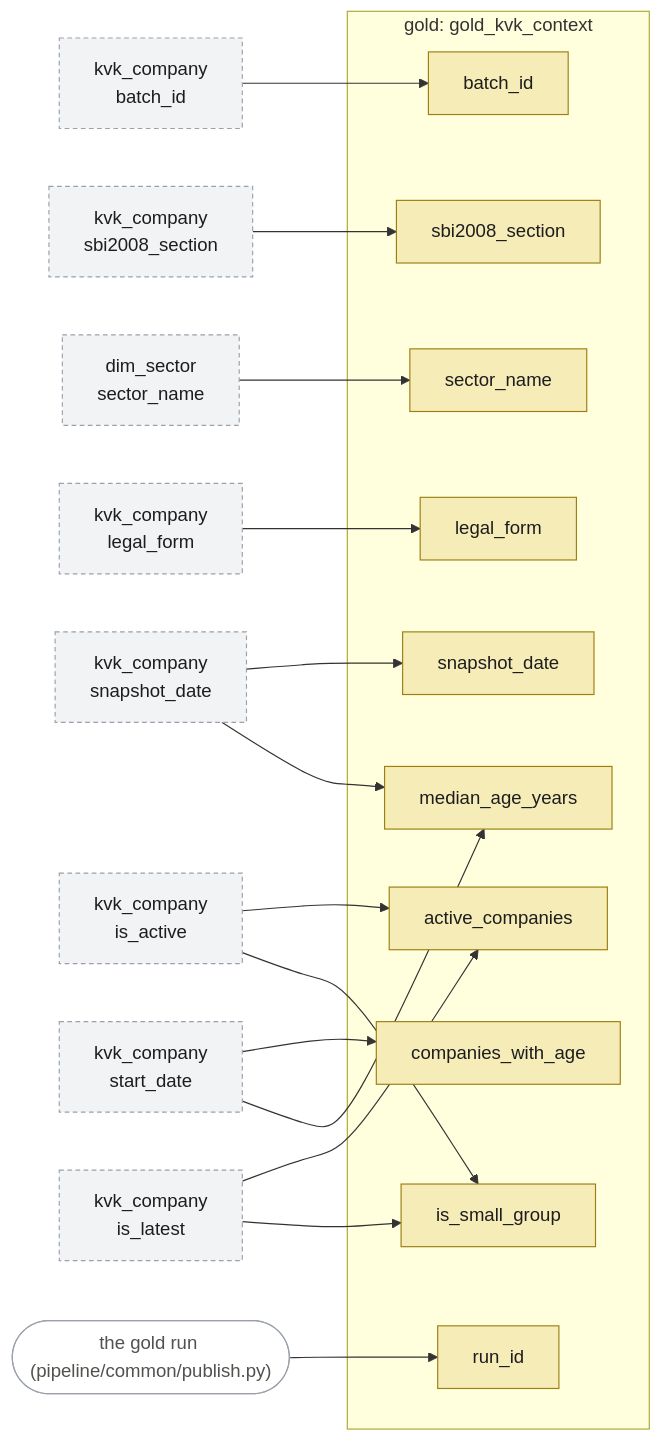
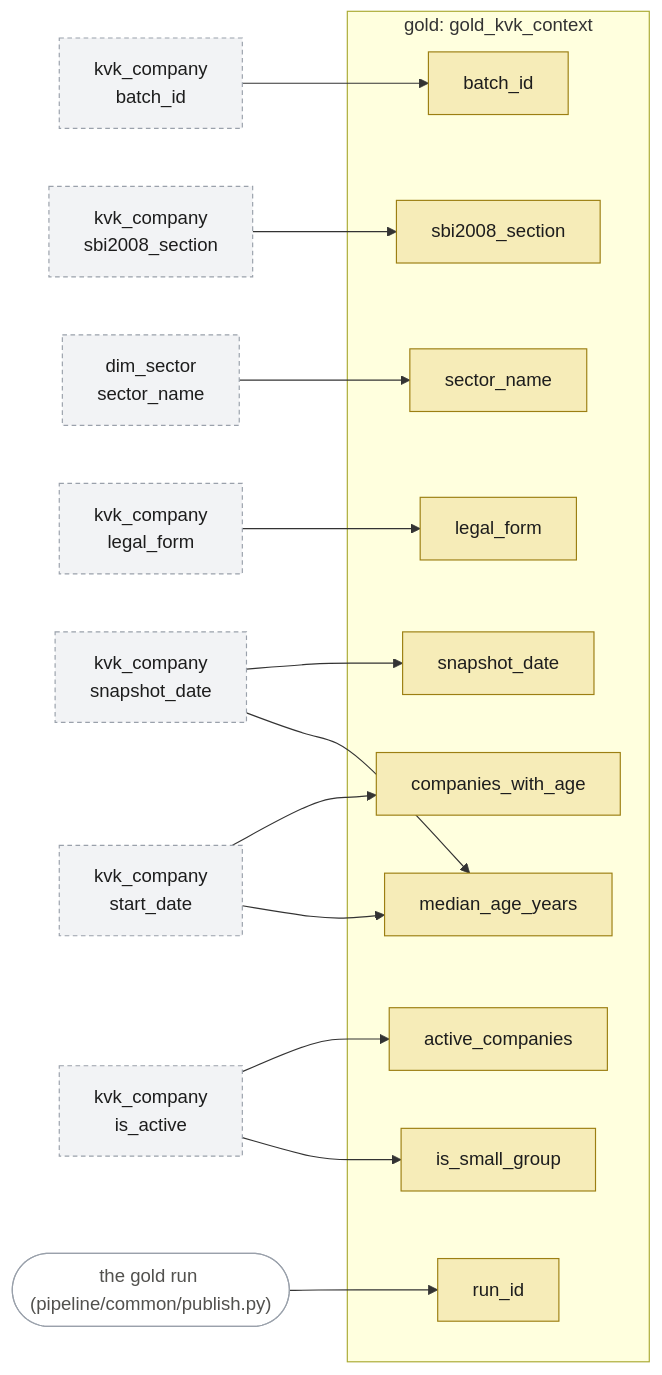
Diagram 18 of 20 in docs/lineage.md (stefancodecommit/AOV_Lakehouse), drawn with Mermaid before and after one commit. The commit also changed other lines of this file and 25 other files, not shown here.

First line of the commit message:
Silver KVK: only the newest upload, bronze keeps the history

````diff
--- a/docs/lineage.md
+++ b/docs/lineage.md
@@ -1349,42 +1346,39 @@
 ```mermaid
 flowchart LR
   n_src_silver_dim_sector_sector_name["dim_sector<br/>sector_name"]:::silverref
   n_src_silver_kvk_company_batch_id["kvk_company<br/>batch_id"]:::silverref
   n_src_silver_kvk_company_is_active["kvk_company<br/>is_active"]:::silverref
-  n_src_silver_kvk_company_is_latest["kvk_company<br/>is_latest"]:::silverref
   n_src_silver_kvk_company_legal_form["kvk_company<br/>legal_form"]:::silverref
   n_src_silver_kvk_company_sbi2008_section["kvk_company<br/>sbi2008_section"]:::silverref
   n_src_silver_kvk_company_snapshot_date["kvk_company<br/>snapshot_date"]:::silverref
   n_src_silver_kvk_company_start_date["kvk_company<br/>start_date"]:::silverref
   run(["the gold run (pipeline/common/publish.py)"]):::run
   subgraph n_tbl_gold_kvk_context["gold: gold_kvk_context"]
     n_col_snapshot_date["snapshot_date"]:::gold
     n_col_batch_id["batch_id"]:::gold
     n_col_sbi2008_section["sbi2008_section"]:::gold
     n_col_sector_name["sector_name"]:::gold
     n_col_legal_form["legal_form"]:::gold
     n_col_active_companies["active_companies"]:::gold
     n_col_companies_with_age["companies_with_age"]:::gold
     n_col_median_age_years["median_age_years"]:::gold
     n_col_is_small_group["is_small_group"]:::gold
     n_col_run_id["run_id"]:::gold
   end
   n_src_silver_kvk_company_snapshot_date --> n_col_snapshot_date
   n_src_silver_kvk_company_batch_id --> n_col_batch_id
   n_src_silver_kvk_company_sbi2008_section --> n_col_sbi2008_section
   n_src_silver_dim_sector_sector_name --> n_col_sector_name
   n_src_silver_kvk_company_legal_form --> n_col_legal_form
   n_src_silver_kvk_company_is_active --> n_col_active_companies
-  n_src_silver_kvk_company_is_latest --> n_col_active_companies
   n_src_silver_kvk_company_start_date --> n_col_companies_with_age
   n_src_silver_kvk_company_start_date --> n_col_median_age_years
   n_src_silver_kvk_company_snapshot_date --> n_col_median_age_years
   n_src_silver_kvk_company_is_active --> n_col_is_small_group
-  n_src_silver_kvk_company_is_latest --> n_col_is_small_group
   run --> n_col_run_id
   classDef bronze fill:#f3e3c9,stroke:#a8743a,color:#1d1d1d
   classDef silver fill:#e4e7ec,stroke:#6b7480,color:#1d1d1d
   classDef gold fill:#f6ecb8,stroke:#9c7f12,color:#1d1d1d
   classDef silverref fill:#f2f3f5,stroke:#9aa1ab,stroke-dasharray:4 3,color:#1d1d1d
   classDef run fill:#ffffff,stroke:#9aa1ab,color:#52514e
 ```
````
